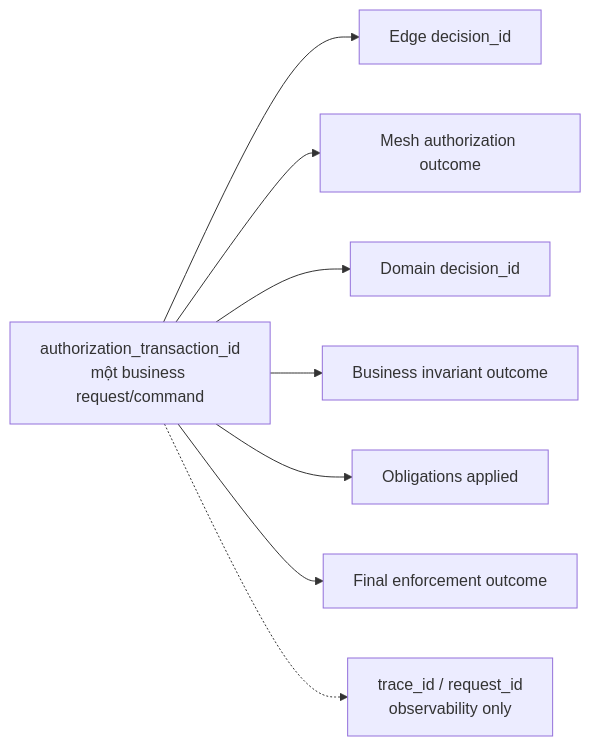
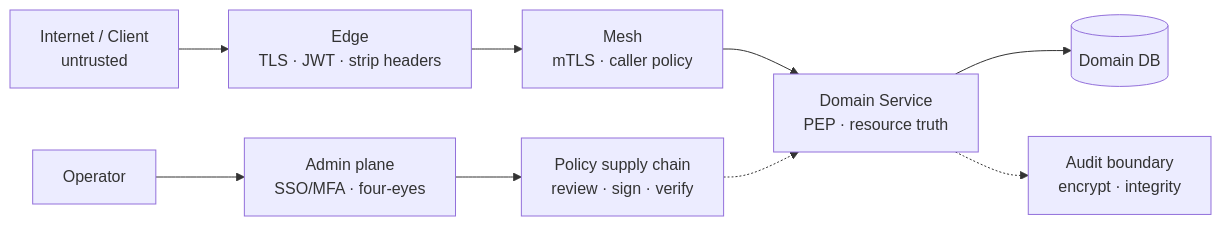
The seventh of 9 diagrams in zero-trust.md (huynv-xyz/vhm), drawn with Mermaid before and after one commit. The commit also changed other lines of this file, not shown here.

````diff
--- a/zero-trust.md
+++ b/zero-trust.md
@@ -1386,10 +916,12 @@
 ```mermaid
 flowchart LR
-    T[authorization_transaction_id<br/>một business request/command] --> E1[Edge decision_id]
-    T --> E2[Mesh authorization outcome]
-    T --> E3[Domain decision_id]
-    T --> E4[Business invariant outcome]
-    T --> E5[Obligations applied]
-    T --> E6[Final enforcement outcome]
-    T -.-> TR[trace_id / request_id<br/>observability only]
+    C[Internet / Client<br/>untrusted] --> E[Edge<br/>TLS · JWT · strip headers]
+    E --> M[Mesh<br/>mTLS · caller policy]
+    M --> S[Domain Service<br/>PEP · resource truth]
+    S --> D[(Domain DB)]
+    S -.-> A[Audit boundary<br/>encrypt · integrity]
+
+    O[Operator] --> P[Admin plane<br/>SSO/MFA · four-eyes]
+    P --> G[Policy supply chain<br/>review · sign · verify]
+    G -.-> S
 ```
````
